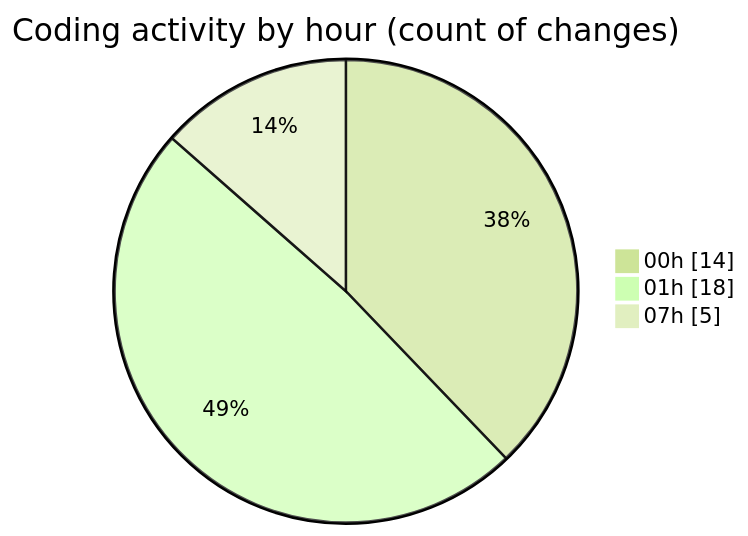
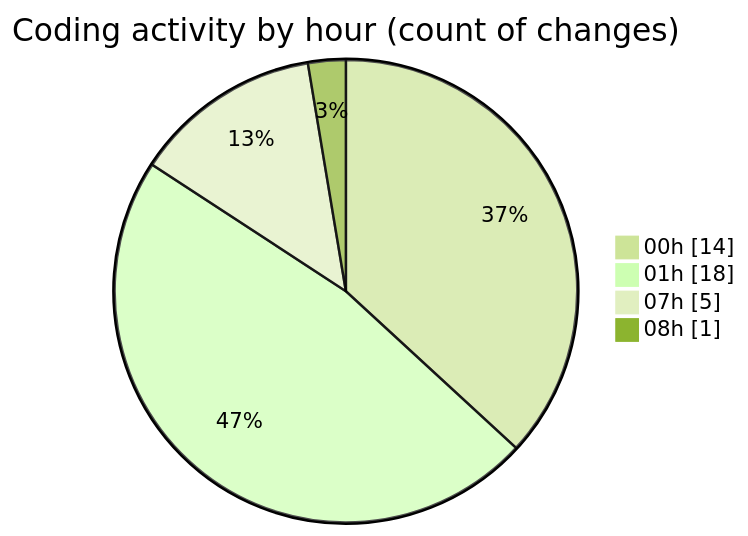
Before and after one commit to idhammustaqopulfikri/code-tracking: the second of 2 diagrams in 2025-06-23/studio-backend/README.md, drawn with Mermaid (forest theme). The commit also changed other lines of this file and 1 other file, not shown here.

````diff
--- a/2025-06-23/studio-backend/README.md
+++ b/2025-06-23/studio-backend/README.md
@@ -29,7 +30,8 @@
 ```mermaid
 pie showData
 title Coding activity by hour (count of changes)
 "00h" : 14
 "01h" : 18
 "07h" : 5
+"08h" : 1
 ```
````
